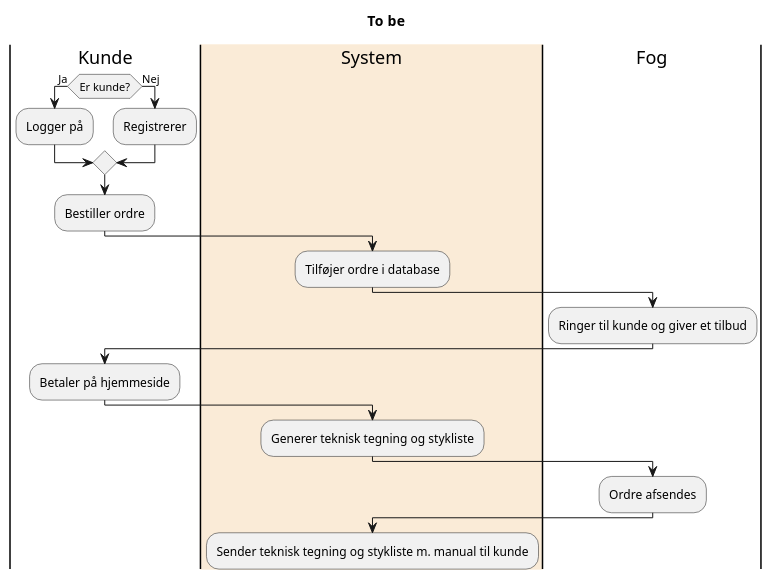
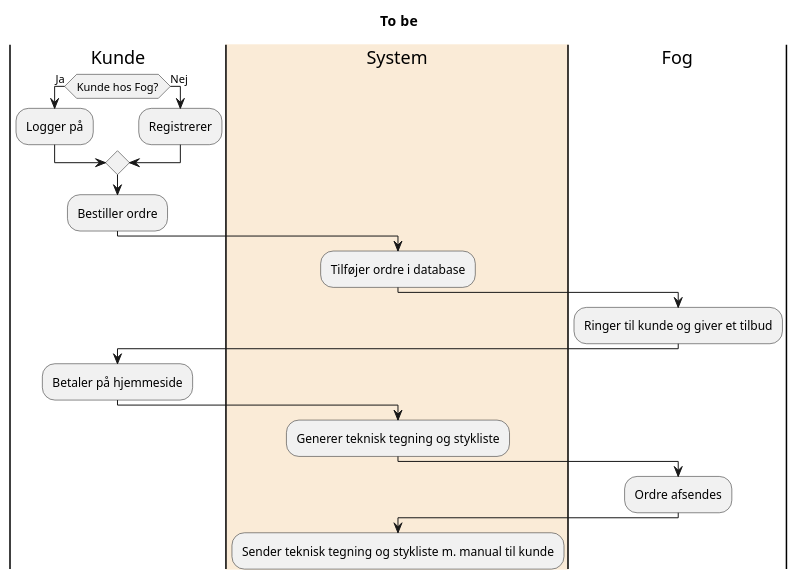
One commit to EmilVHermansen/Carport changed the diagram in src/main/java/Diagrams/Activity diagram to be.puml. Above: the diagram before and after it, drawn with PlantUML. The commit also changed 2 other files, not shown here.

```diff
--- a/src/main/java/Diagrams/Activity diagram to be.puml
+++ b/src/main/java/Diagrams/Activity diagram to be.puml
@@ -1,32 +1,32 @@
 @startuml
 
 title To be
 
 |Kunde|
-if (Er kunde?) then (Ja)
+if (Kunde hos Fog?) then (Ja)
     :Logger på;
 else (Nej)
     :Registrerer;
 endif
 :Bestiller ordre;
 
 |#AntiqueWhite|System|
 :Tilføjer ordre i database;
 
 |Fog|
 :Ringer til kunde og giver et tilbud;
 
 |Kunde|
 :Betaler på hjemmeside;
 
 |#AntiqueWhite|System|
 :Generer teknisk tegning og stykliste;
 
 |Fog|
 :Ordre afsendes;
 
 |System|
 :Sender teknisk tegning og stykliste m. manual til kunde;
 
 
 @enduml
```
